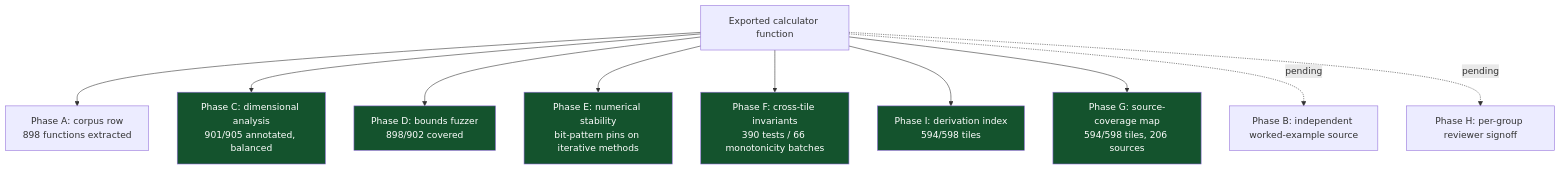
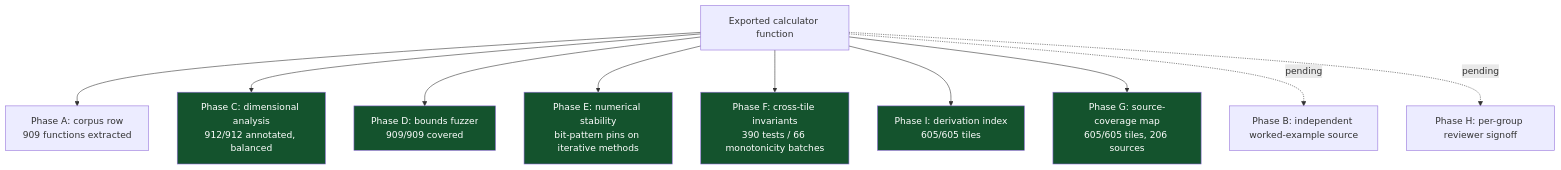
Before and after one commit to clay-good/roughlogic.com: the sixth of 8 diagrams in README.md, drawn with Mermaid. The commit also changed other lines of this file and 20 other files, not shown here.

````diff
--- a/README.md
+++ b/README.md
@@ -386,18 +387,18 @@
 ```mermaid
 flowchart TB
-    F[Exported calculator function] --> A[Phase A: corpus row\n898 functions extracted]
-    F --> C[Phase C: dimensional analysis\n901/905 annotated, balanced]
-    F --> D[Phase D: bounds fuzzer\n898/902 covered]
+    F[Exported calculator function] --> A[Phase A: corpus row\n909 functions extracted]
+    F --> C[Phase C: dimensional analysis\n912/912 annotated, balanced]
+    F --> D[Phase D: bounds fuzzer\n909/909 covered]
     F --> E[Phase E: numerical stability\nbit-pattern pins on iterative methods]
     F --> Fa[Phase F: cross-tile invariants\n390 tests / 66 monotonicity batches]
-    F --> I[Phase I: derivation index\n594/598 tiles]
-    F --> G[Phase G: source-coverage map\n594/598 tiles, 206 sources]
+    F --> I[Phase I: derivation index\n605/605 tiles]
+    F --> G[Phase G: source-coverage map\n605/605 tiles, 206 sources]
     F -.pending.-> B[Phase B: independent worked-example source]
     F -.pending.-> H[Phase H: per-group reviewer signoff]
     style C fill:#14532d,color:#fff
     style D fill:#14532d,color:#fff
     style E fill:#14532d,color:#fff
     style Fa fill:#14532d,color:#fff
     style G fill:#14532d,color:#fff
     style I fill:#14532d,color:#fff
 ```
````
